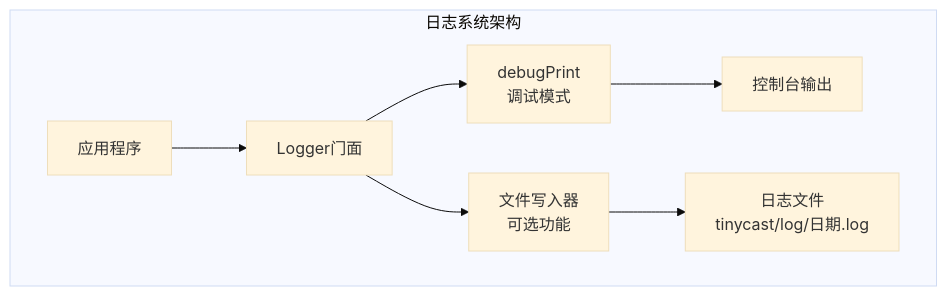
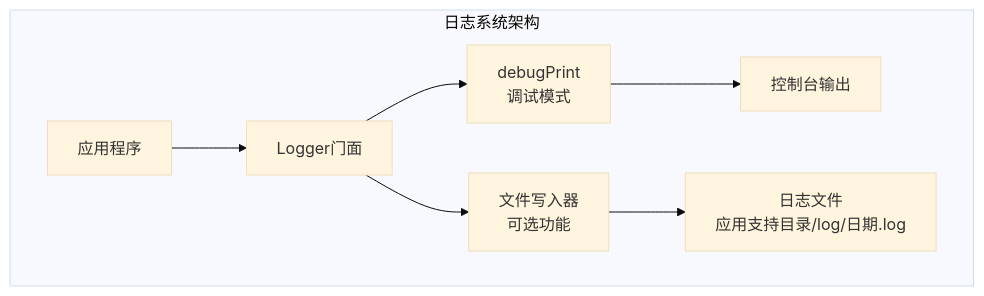
The third of 5 diagrams in .qoder/repowiki/zh/content/开发指南/代码规范.md (ZTfer/Tinycast), drawn with Mermaid (base theme) before and after one commit. The commit also changed other lines of this file and 117 other files, not shown here.

````diff
--- a/.qoder/repowiki/zh/content/开发指南/代码规范.md
+++ b/.qoder/repowiki/zh/content/开发指南/代码规范.md
@@ -196,10 +196,10 @@
 ```mermaid
 graph TB
 subgraph "日志系统架构"
 app["应用程序"] --> logger["Logger门面"]
 logger --> debugPrint["debugPrint<br/>调试模式"]
 logger --> fileWriter["文件写入器<br/>可选功能"]
 debugPrint --> console["控制台输出"]
-fileWriter --> logFile["日志文件<br/>tinycast/log/日期.log"]
+fileWriter --> logFile["日志文件<br/>应用支持目录/log/日期.log"]
 end
 ```
````
